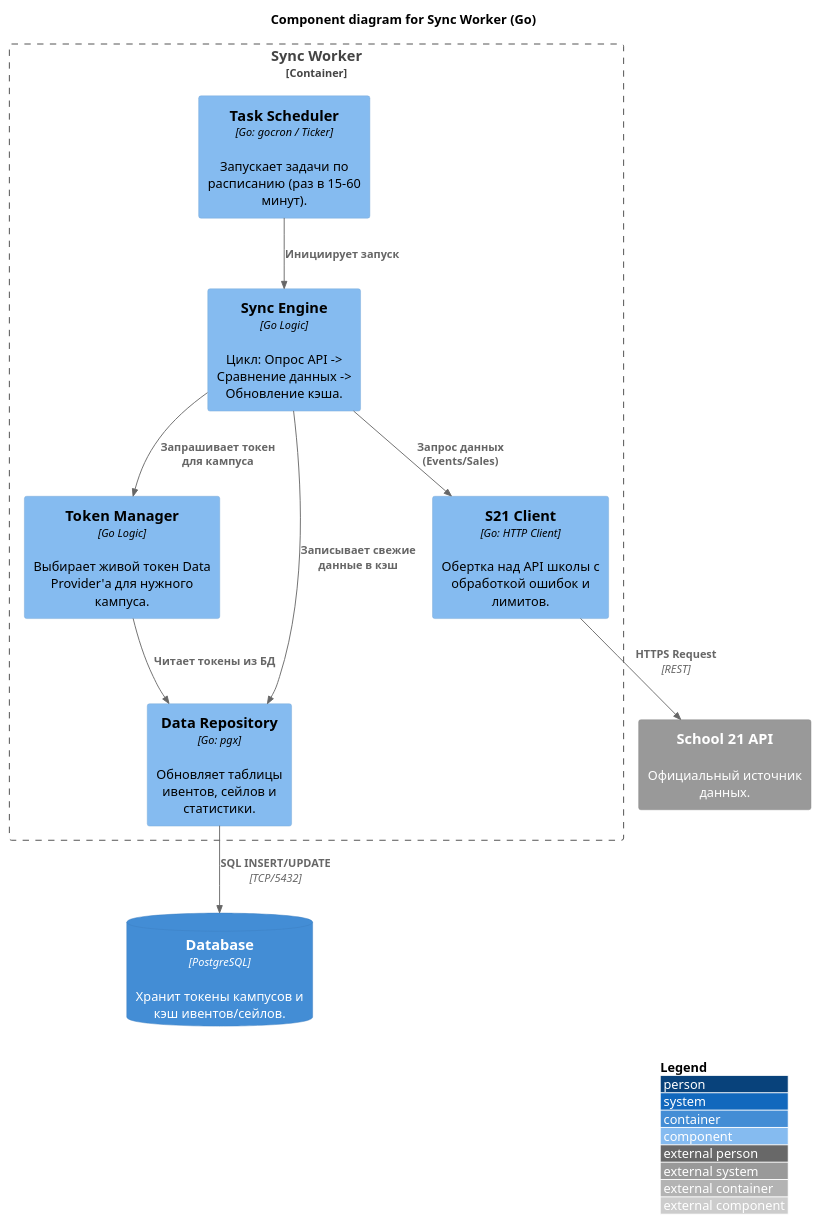
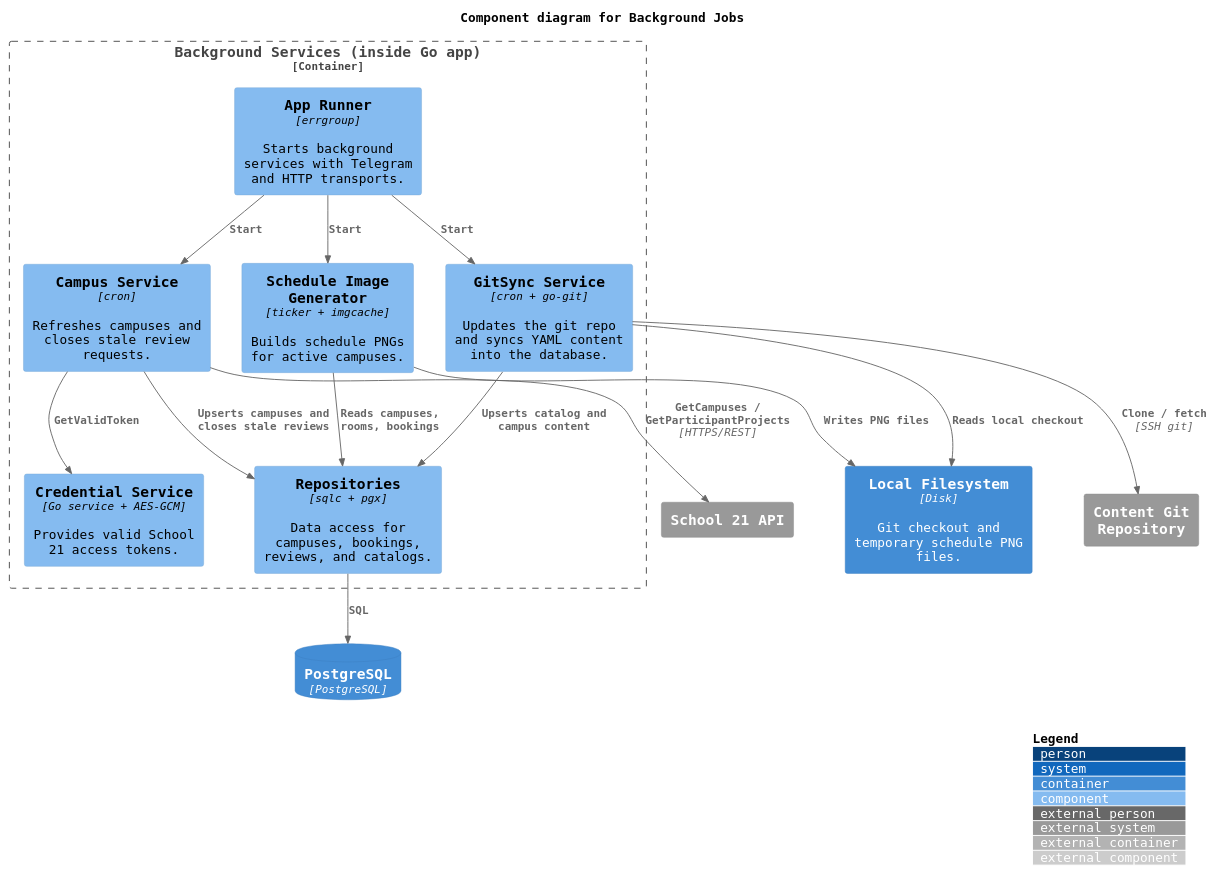
One commit to vgy789/NoemX21-bot changed the diagram in docs/c4/c4_component-scheduler.puml. Above: the diagram before and after it, drawn with PlantUML. The commit also changed 4 other files, not shown here.

Commit message:
chore: актуализированы c4 диаграммы

```diff
--- a/docs/c4/c4_component-scheduler.puml
+++ b/docs/c4/c4_component-scheduler.puml
@@ -1,31 +1,42 @@
 @startuml
 !include https://raw.githubusercontent.com/plantuml-stdlib/C4-PlantUML/master/C4_Component.puml
 
 LAYOUT_WITH_LEGEND()
 
-title Component diagram for Sync Worker (Go)
+title Component diagram for Background Jobs
 
-ContainerDb(db, "Database", "PostgreSQL", "Хранит токены кампусов и кэш ивентов/сейлов.")
-System_Ext(s21, "School 21 API", "Официальный источник данных.")
+skinparam defaultFontName Monospaced
+skinparam componentStyle rectangle
 
-Container_Boundary(sync_worker, "Sync Worker") {
-    Component(scheduler, "Task Scheduler", "Go: gocron / Ticker", "Запускает задачи по расписанию (раз в 15-60 минут).")
-    
-    Component(token_mgr, "Token Manager", "Go Logic", "Выбирает живой токен Data Provider'а для нужного кампуса.")
-    
-    Component(sync_logic, "Sync Engine", "Go Logic", "Цикл: Опрос API -> Сравнение данных -> Обновление кэша.")
-    
-    Component(s21_client, "S21 Client", "Go: HTTP Client", "Обертка над API школы с обработкой ошибок и лимитов.")
-    
-    Component(repo, "Data Repository", "Go: pgx", "Обновляет таблицы ивентов, сейлов и статистики.")
+ContainerDb(db, "PostgreSQL", "PostgreSQL")
+System_Ext(s21, "School 21 API")
+System_Ext(git_repo, "Content Git Repository")
+Container(fs, "Local Filesystem", "Disk", "Git checkout and temporary schedule PNG files.")
+
+Container_Boundary(background_runtime, "Background Services (inside Go app)") {
+    Component(app_runner, "App Runner", "errgroup", "Starts background services with Telegram and HTTP transports.")
+    Component(gitsync, "GitSync Service", "cron + go-git", "Updates the git repo and syncs YAML content into the database.")
+    Component(campus, "Campus Service", "cron", "Refreshes campuses and closes stale review requests.")
+    Component(schedule_gen, "Schedule Image Generator", "ticker + imgcache", "Builds schedule PNGs for active campuses.")
+    Component(credentials, "Credential Service", "Go service + AES-GCM", "Provides valid School 21 access tokens.")
+    Component(repo, "Repositories", "sqlc + pgx", "Data access for campuses, bookings, reviews, and catalogs.")
 }
 
-Rel_D(scheduler, sync_logic, "Инициирует запуск")
-Rel(sync_logic, token_mgr, "Запрашивает токен для кампуса")
-Rel(token_mgr, repo, "Читает токены из БД")
-Rel(sync_logic, s21_client, "Запрос данных (Events/Sales)")
-Rel(s21_client, s21, "HTTPS Request", "REST")
-Rel(sync_logic, repo, "Записывает свежие данные в кэш")
-Rel(repo, db, "SQL INSERT/UPDATE", "TCP/5432")
+Rel(app_runner, gitsync, "Start")
+Rel(app_runner, campus, "Start")
+Rel(app_runner, schedule_gen, "Start")
+
+Rel(gitsync, git_repo, "Clone / fetch", "SSH git")
+Rel(gitsync, fs, "Reads local checkout")
+Rel(gitsync, repo, "Upserts catalog and campus content")
+
+Rel(campus, credentials, "GetValidToken")
+Rel(campus, s21, "GetCampuses / GetParticipantProjects", "HTTPS/REST")
+Rel(campus, repo, "Upserts campuses and closes stale reviews")
+
+Rel(schedule_gen, repo, "Reads campuses, rooms, bookings")
+Rel(schedule_gen, fs, "Writes PNG files")
+
+Rel(repo, db, "SQL")
 
 @enduml
```
